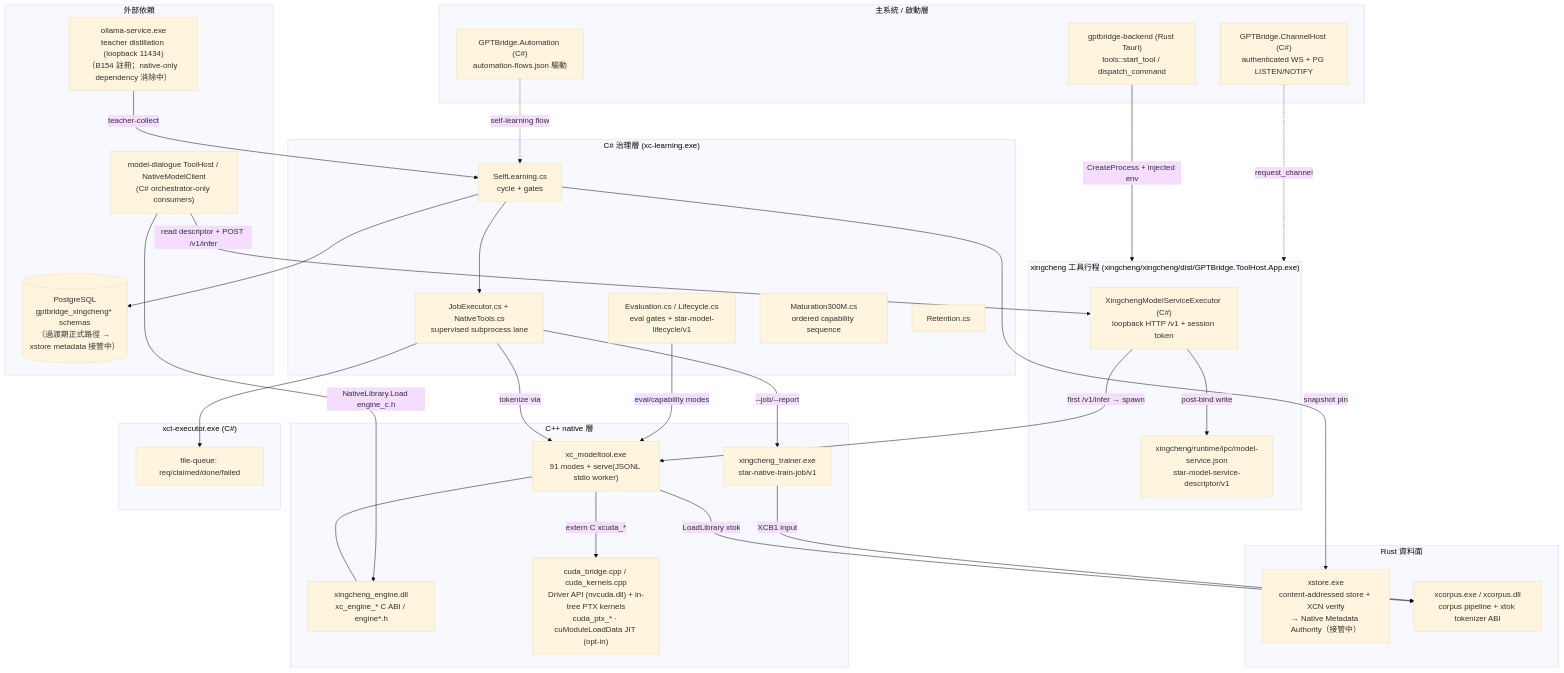
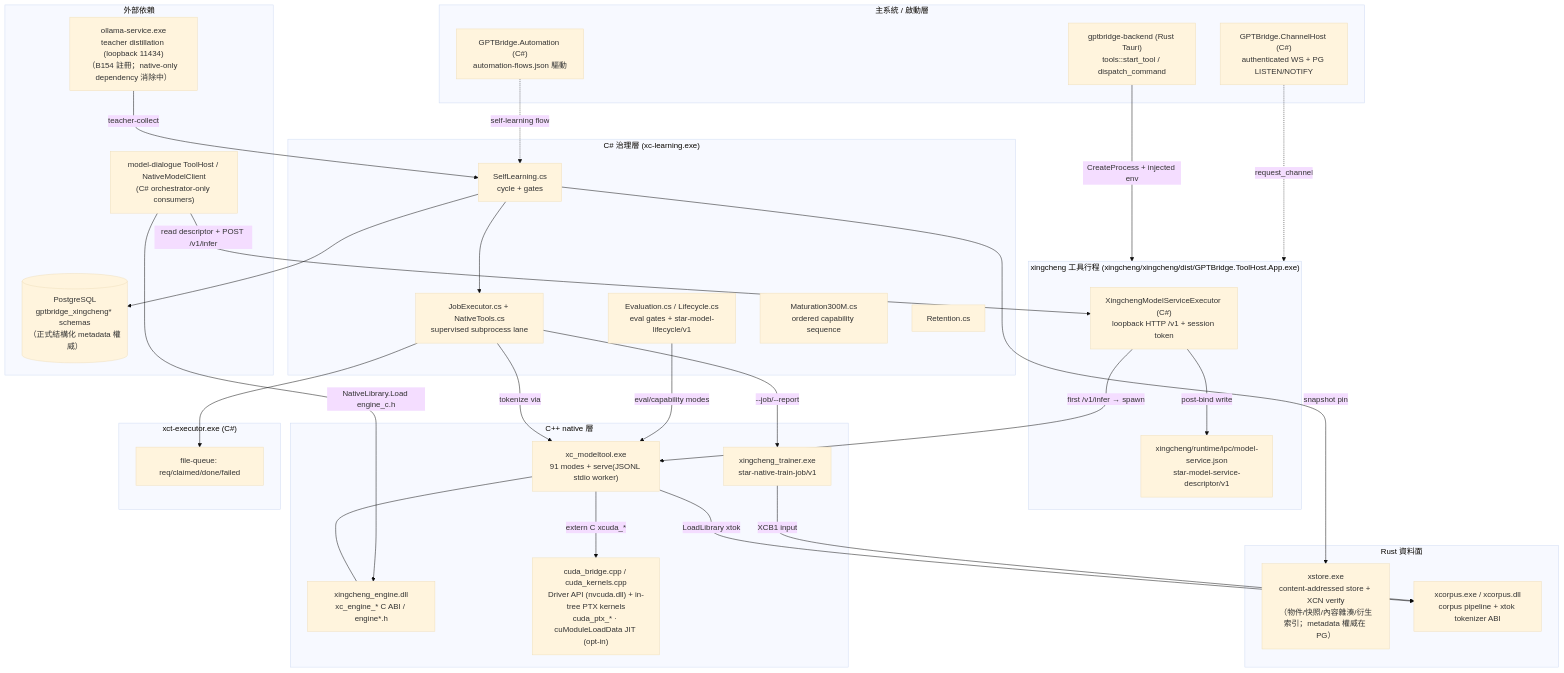
Before and after one commit to guilty442-source/GPTBridge: the diagram in governance_rule/codex/architecture-xingcheng-architecture.md, drawn with Mermaid (base theme). The commit also changed other lines of this file and 32 other files, not shown here.

````diff
--- a/governance_rule/codex/architecture-xingcheng-architecture.md
+++ b/governance_rule/codex/architecture-xingcheng-architecture.md
@@ -7,65 +7,65 @@
 ```mermaid
 flowchart TB
     subgraph HOST["主系統 / 啟動層"]
         BE["gptbridge-backend (Rust Tauri)<br/>tools::start_tool / dispatch_command"]
         AUTO["GPTBridge.Automation (C#)<br/>automation-flows.json 驅動"]
         CH["GPTBridge.ChannelHost (C#)<br/>authenticated WS + PG LISTEN/NOTIFY"]
     end
 
     subgraph TOOL["xingcheng 工具行程 (xingcheng/xingcheng/dist/GPTBridge.ToolHost.App.exe)"]
         EXEC["XingchengModelServiceExecutor (C#)<br/>loopback HTTP /v1 + session token"]
         IPC["xingcheng/runtime/ipc/model-service.json<br/>star-model-service-descriptor/v1"]
     end
 
     subgraph NATIVE["C++ native 層"]
         MODELTOOL["xc_modeltool.exe<br/>91 modes + serve(JSONL stdio worker)"]
         ENGINE["xingcheng_engine.dll<br/>xc_engine_* C ABI / engine*.h"]
         TRAINER["xingcheng_trainer.exe<br/>star-native-train-job/v1"]
         CUDA["cuda_bridge.cpp / cuda_kernels.cpp<br/>Driver API (nvcuda.dll) + in-tree PTX kernels<br/>cuda_ptx_* · cuModuleLoadData JIT (opt-in)"]
     end
 
     subgraph RUST["Rust 資料面"]
-        XSTORE["xstore.exe<br/>content-addressed store + XCN verify<br/>→ Native Metadata Authority（接管中）"]
+        XSTORE["xstore.exe<br/>content-addressed store + XCN verify<br/>（物件/快照/內容雜湊/衍生索引；metadata 權威在 PG）"]
         XCORPUS["xcorpus.exe / xcorpus.dll<br/>corpus pipeline + xtok tokenizer ABI"]
     end
 
     subgraph CSHARP["C# 治理層 (xc-learning.exe)"]
         SL["SelfLearning.cs<br/>cycle + gates"]
         JE["JobExecutor.cs + NativeTools.cs<br/>supervised subprocess lane"]
         EV["Evaluation.cs / Lifecycle.cs<br/>eval gates + star-model-lifecycle/v1"]
         MAT["Maturation300M.cs<br/>ordered capability sequence"]
         RET["Retention.cs"]
     end
 
     subgraph QUEUE["xct-executor.exe (C#)"]
         FQ["file-queue: req/claimed/done/failed"]
     end
 
     subgraph EXT["外部依賴"]
-        PG[("PostgreSQL<br/>gptbridge_xingcheng* schemas<br/>（過渡期正式路徑 → xstore metadata 接管中）")]
+        PG[("PostgreSQL<br/>gptbridge_xingcheng* schemas<br/>（正式結構化 metadata 權威）")]
         CONSUMERS["model-dialogue ToolHost / NativeModelClient<br/>(C# orchestrator-only consumers)"]
         OLLAMA["ollama-service.exe<br/>teacher distillation (loopback 11434)<br/>（B154 註冊；native-only dependency 消除中）"]
     end
 
     BE -->|CreateProcess + injected env| TOOL
     EXEC -->|post-bind write| IPC
     EXEC -->|first /v1/infer → spawn| MODELTOOL
     MODELTOOL --- ENGINE
     MODELTOOL -->|LoadLibrary xtok| XCORPUS
     MODELTOOL -->|extern C xcuda_*| CUDA
     CONSUMERS -->|read descriptor + POST /v1/infer| EXEC
     CONSUMERS -->|NativeLibrary.Load engine_c.h| ENGINE
 
     SL --> PG
     SL --> JE
     JE -->|tokenize via| MODELTOOL
     JE -->|--job/--report| TRAINER
     JE --> FQ
     TRAINER -->|XCB1 input| XCORPUS
     SL -->|snapshot pin| XSTORE
     EV -->|eval/capability modes| MODELTOOL
     OLLAMA -->|teacher-collect| SL
 
     AUTO -.->|self-learning flow| SL
     CH -.->|request_channel| TOOL
 ```
````
